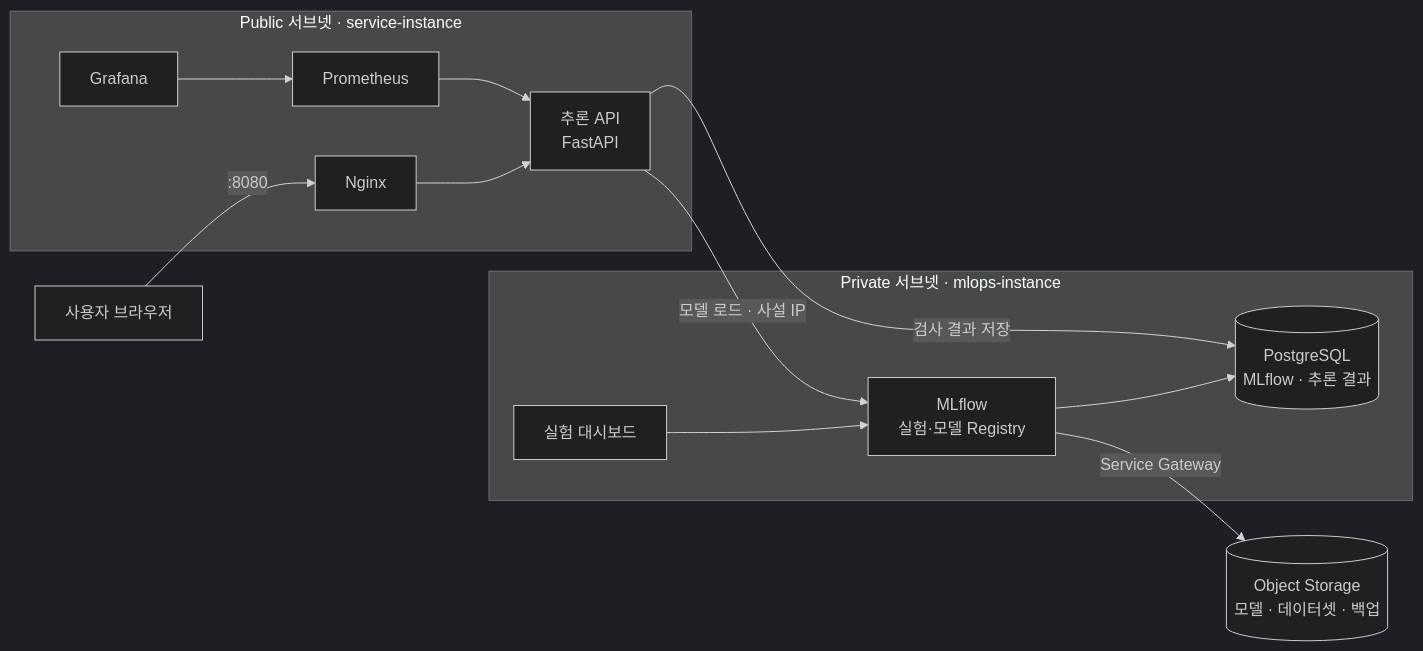
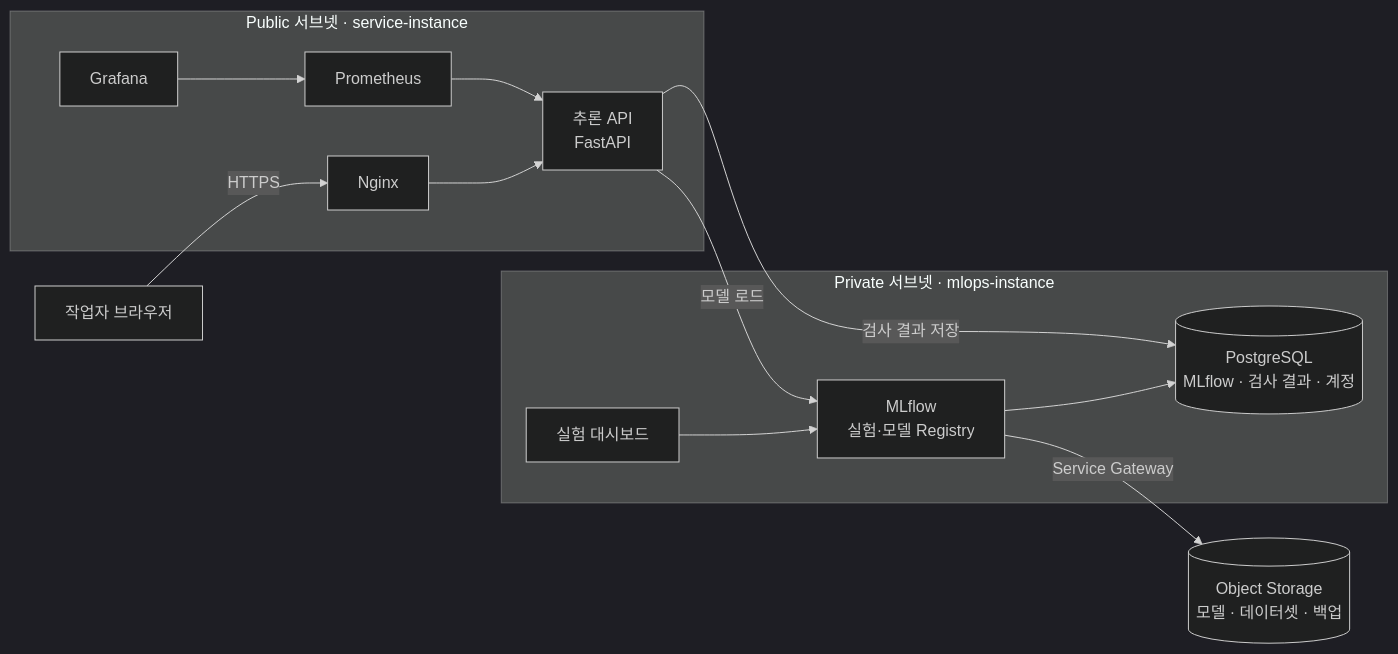
One commit to 1230seongjun/ksdd2-mlops changed the second of 3 diagrams in README.md. Above: the diagram before and after it, drawn with Mermaid (dark theme). The commit also changed other lines of this file and 1 other file, not shown here.

````diff
--- a/README.md
+++ b/README.md
@@ -30,22 +216,22 @@
 ```mermaid
 flowchart LR
-  user[사용자 브라우저] -->|:8080| nginx
+  user[작업자 브라우저] -->|HTTPS| nginx
 
   subgraph pub[Public 서브넷 · service-instance]
     nginx[Nginx] --> api[추론 API<br/>FastAPI]
     prom[Prometheus] --> api
     graf[Grafana] --> prom
   end
 
   subgraph priv[Private 서브넷 · mlops-instance]
     mlflow[MLflow<br/>실험·모델 Registry]
-    pg[(PostgreSQL<br/>MLflow · 추론 결과)]
+    pg[(PostgreSQL<br/>MLflow · 검사 결과 · 계정)]
     exui[실험 대시보드]
     mlflow --> pg
     exui --> mlflow
   end
 
-  api -->|모델 로드 · 사설 IP| mlflow
+  api -->|모델 로드| mlflow
   api -->|검사 결과 저장| pg
   mlflow -->|Service Gateway| os[(Object Storage<br/>모델 · 데이터셋 · 백업)]
 ```
````
